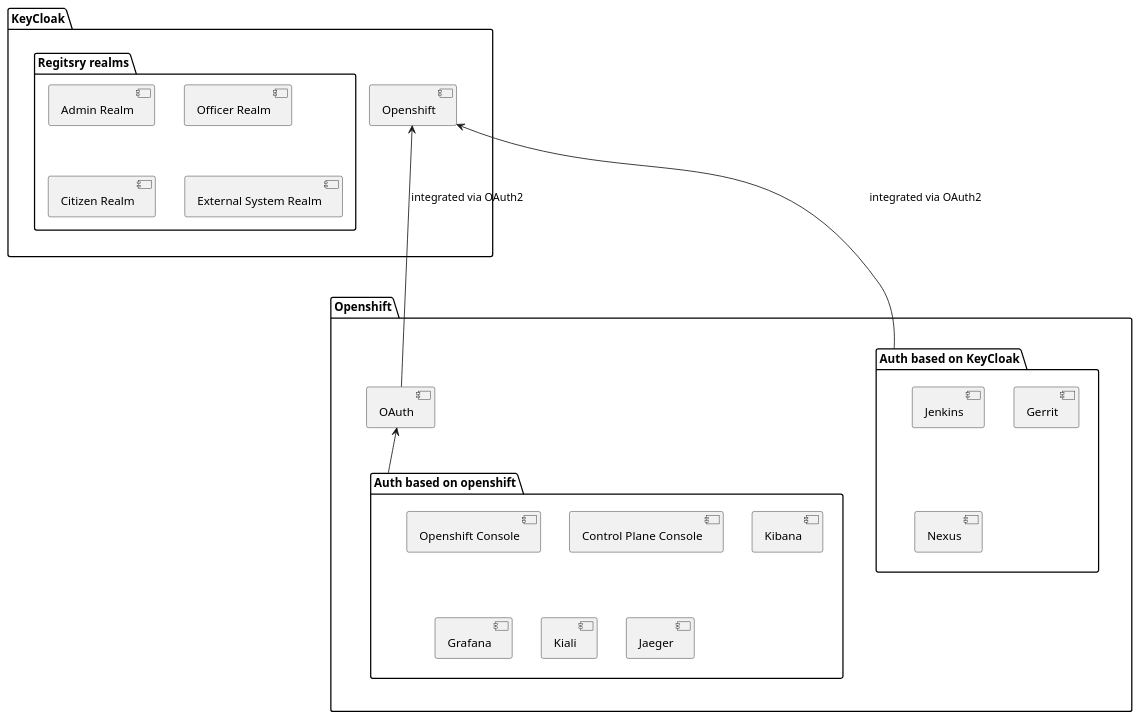
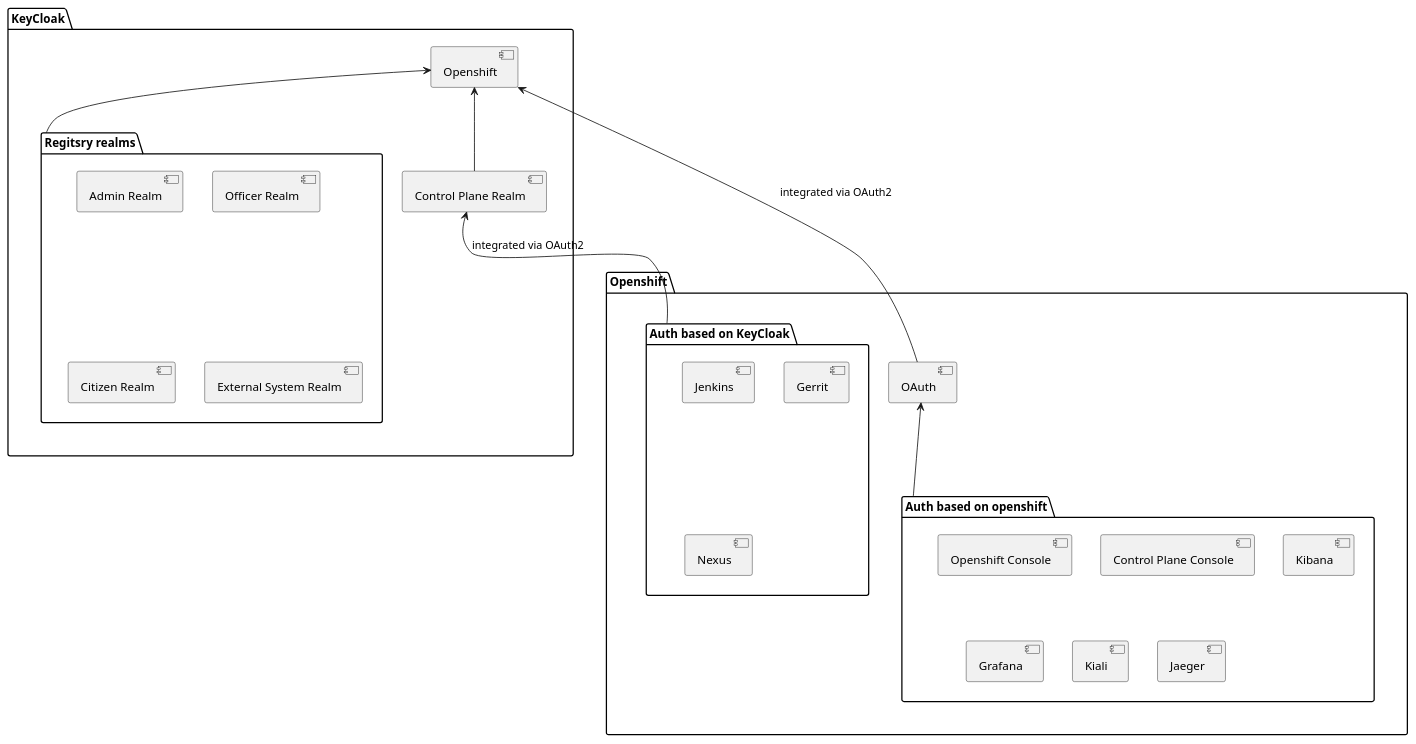
The diagram in modules/tech/pages/infrastructure/ddm-auth.adoc (epam/edp-ddm-architecture), drawn with PlantUML before and after one commit. The commit also changed other lines of this file, not shown here.

Commit message:
[MDTUDDM-7023] updated diagram

```diff
--- a/modules/tech/pages/infrastructure/ddm-auth.adoc
+++ b/modules/tech/pages/infrastructure/ddm-auth.adoc
@@ -45,39 +45,42 @@
 [plantuml, event, svg]
 ----
 @startuml
 
 package "KeyCloak" as keycloak {
   [Openshift] as platformRealm
-  package "Regitsry realms" {
+  package "Regitsry realms" as registryRealms {
     [Admin Realm]
     [Officer Realm]
     [Citizen Realm]
     [External System Realm]
   }
+  [Control Plane Realm] as controlPlaneAdminRealm
 }
 
 package "Openshift" as openshift{
 [OAuth] as openshiftOAuth
   package "Auth based on openshift" as ocBasedAuth{
     [Openshift Console]
     [Control Plane Console]
     [Kibana]
     [Grafana]
     [Kiali]
     [Jaeger]
   }
   package "Auth based on KeyCloak" as keycloakBasedAuth{
     [Jenkins]
     [Gerrit]
     [Nexus]
   }
 }
 
 openshift -[hidden]u--> keycloak
 
 ocBasedAuth -u-> openshiftOAuth
 openshiftOAuth -u-> platformRealm: integrated via OAuth2
-keycloakBasedAuth -u-> platformRealm: integrated via OAuth2
+keycloakBasedAuth -u-> controlPlaneAdminRealm: integrated via OAuth2
+controlPlaneAdminRealm -u-> platformRealm
+registryRealms -u-> platformRealm
 
 @enduml
 ----
```
